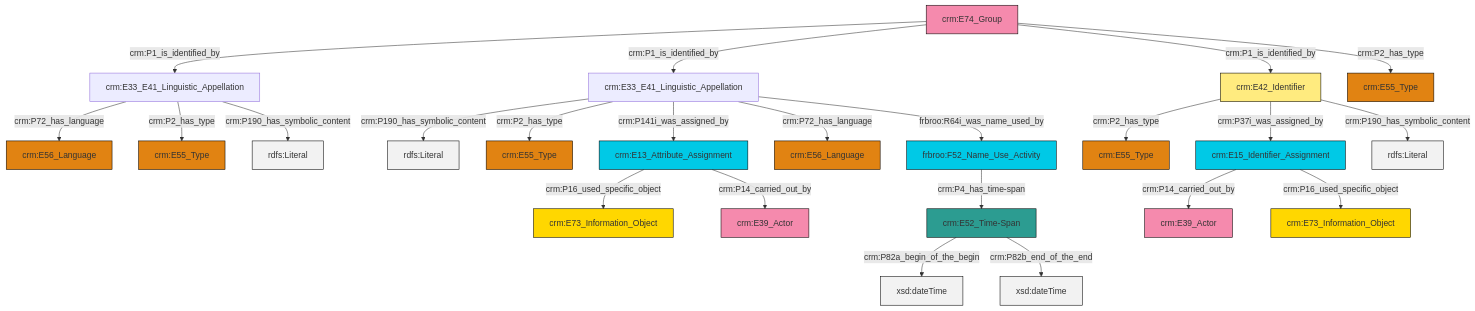
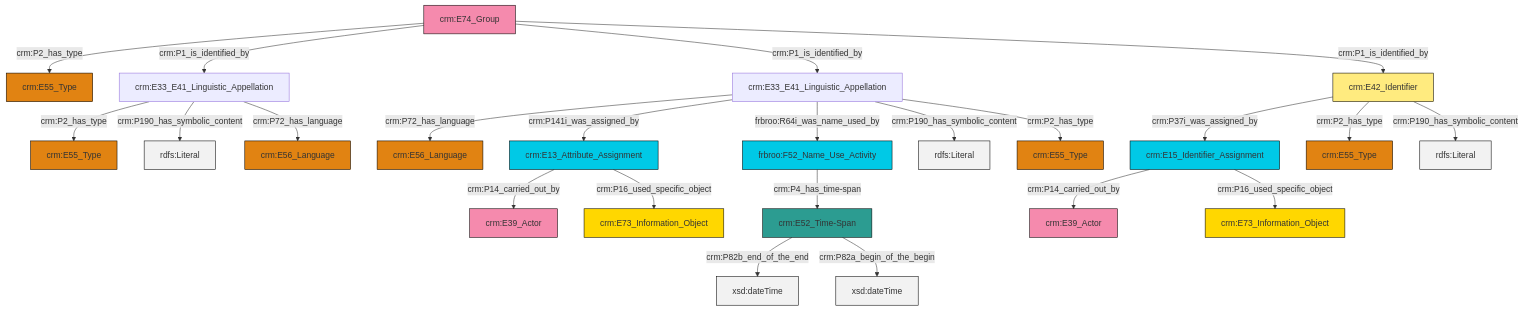
The diagram in et/groupCSV/ttl/mmd/group_name.ttl.mmd (swiss-art-research-net/docs.swissartresearch), drawn with Mermaid before and after one commit. The commit also changed 175 other files, not shown here.

```diff
--- a/et/groupCSV/ttl/mmd/group_name.ttl.mmd
+++ b/et/groupCSV/ttl/mmd/group_name.ttl.mmd
@@ -1,37 +1,37 @@
 graph TD
 classDef Literal fill:#f2f2f2,stroke:#000000;
 classDef CRM_Entity fill:#FFFFFF,stroke:#000000;
 classDef Temporal_Entity fill:#00C9E6, stroke:#000000;
 classDef Type fill:#E18312, stroke:#000000;
 classDef Time-Span fill:#2C9C91, stroke:#000000;
 classDef Appellation fill:#FFEB7F, stroke:#000000;
 classDef Place fill:#008836, stroke:#000000;
 classDef Persistent_Item fill:#B266B2, stroke:#000000;
 classDef Conceptual_Object fill:#FFD700, stroke:#000000;
 classDef Physical_Thing fill:#D2B48C, stroke:#000000;
 classDef Actor fill:#f58aad, stroke:#000000;
 classDef PC_Classes fill:#4ce600, stroke:#000000;
 classDef Multi fill:#cccccc,stroke:#000000;
 
-2["frbroo:F52_Name_Use_Activity"]:::Temporal_Entity -->|crm:P4_has_time-span| 3["crm:E52_Time-Span"]:::Time-Span
-6["crm:E74_Group"]:::Actor -->|crm:P1_is_identified_by| 7["crm:E33_E41_Linguistic_Appellation"]:::Default
-7["crm:E33_E41_Linguistic_Appellation"]:::Default -->|crm:P72_has_language| 10["crm:E56_Language"]:::Type
-7["crm:E33_E41_Linguistic_Appellation"]:::Default -->|crm:P2_has_type| 13["crm:E55_Type"]:::Type
-15["crm:E33_E41_Linguistic_Appellation"]:::Default -->|crm:P190_has_symbolic_content| 16[rdfs:Literal]:::Literal
-15["crm:E33_E41_Linguistic_Appellation"]:::Default -->|crm:P2_has_type| 0["crm:E55_Type"]:::Type
-18["crm:E42_Identifier"]:::Appellation -->|crm:P2_has_type| 8["crm:E55_Type"]:::Type
-3["crm:E52_Time-Span"]:::Time-Span -->|crm:P82a_begin_of_the_begin| 22[xsd:dateTime]:::Literal
-18["crm:E42_Identifier"]:::Appellation -->|crm:P37i_was_assigned_by| 23["crm:E15_Identifier_Assignment"]:::Temporal_Entity
-6["crm:E74_Group"]:::Actor -->|crm:P1_is_identified_by| 15["crm:E33_E41_Linguistic_Appellation"]:::Default
-18["crm:E42_Identifier"]:::Appellation -->|crm:P190_has_symbolic_content| 24[rdfs:Literal]:::Literal
-23["crm:E15_Identifier_Assignment"]:::Temporal_Entity -->|crm:P14_carried_out_by| 26["crm:E39_Actor"]:::Actor
-23["crm:E15_Identifier_Assignment"]:::Temporal_Entity -->|crm:P16_used_specific_object| 31["crm:E73_Information_Object"]:::Conceptual_Object
-33["crm:E13_Attribute_Assignment"]:::Temporal_Entity -->|crm:P16_used_specific_object| 19["crm:E73_Information_Object"]:::Conceptual_Object
-15["crm:E33_E41_Linguistic_Appellation"]:::Default -->|crm:P141i_was_assigned_by| 33["crm:E13_Attribute_Assignment"]:::Temporal_Entity
-7["crm:E33_E41_Linguistic_Appellation"]:::Default -->|crm:P190_has_symbolic_content| 38[rdfs:Literal]:::Literal
-15["crm:E33_E41_Linguistic_Appellation"]:::Default -->|crm:P72_has_language| 27["crm:E56_Language"]:::Type
-3["crm:E52_Time-Span"]:::Time-Span -->|crm:P82b_end_of_the_end| 40[xsd:dateTime]:::Literal
-6["crm:E74_Group"]:::Actor -->|crm:P1_is_identified_by| 18["crm:E42_Identifier"]:::Appellation
-15["crm:E33_E41_Linguistic_Appellation"]:::Default -->|frbroo:R64i_was_name_used_by| 2["frbroo:F52_Name_Use_Activity"]:::Temporal_Entity
-6["crm:E74_Group"]:::Actor -->|crm:P2_has_type| 4["crm:E55_Type"]:::Type
-33["crm:E13_Attribute_Assignment"]:::Temporal_Entity -->|crm:P14_carried_out_by| 11["crm:E39_Actor"]:::Actor
+0["crm:E15_Identifier_Assignment"]:::Temporal_Entity -->|crm:P14_carried_out_by| 1["crm:E39_Actor"]:::Actor
+2["crm:E52_Time-Span"]:::Time-Span -->|crm:P82b_end_of_the_end| 3[xsd:dateTime]:::Literal
+4["crm:E42_Identifier"]:::Appellation -->|crm:P37i_was_assigned_by| 0["crm:E15_Identifier_Assignment"]:::Temporal_Entity
+5["crm:E33_E41_Linguistic_Appellation"]:::Default -->|crm:P72_has_language| 6["crm:E56_Language"]:::Type
+13["crm:E13_Attribute_Assignment"]:::Temporal_Entity -->|crm:P14_carried_out_by| 14["crm:E39_Actor"]:::Actor
+2["crm:E52_Time-Span"]:::Time-Span -->|crm:P82a_begin_of_the_begin| 19[xsd:dateTime]:::Literal
+21["crm:E33_E41_Linguistic_Appellation"]:::Default -->|crm:P2_has_type| 15["crm:E55_Type"]:::Type
+9["crm:E74_Group"]:::Actor -->|crm:P2_has_type| 24["crm:E55_Type"]:::Type
+21["crm:E33_E41_Linguistic_Appellation"]:::Default -->|crm:P190_has_symbolic_content| 25[rdfs:Literal]:::Literal
+13["crm:E13_Attribute_Assignment"]:::Temporal_Entity -->|crm:P16_used_specific_object| 22["crm:E73_Information_Object"]:::Conceptual_Object
+17["frbroo:F52_Name_Use_Activity"]:::Temporal_Entity -->|crm:P4_has_time-span| 2["crm:E52_Time-Span"]:::Time-Span
+5["crm:E33_E41_Linguistic_Appellation"]:::Default -->|crm:P141i_was_assigned_by| 13["crm:E13_Attribute_Assignment"]:::Temporal_Entity
+4["crm:E42_Identifier"]:::Appellation -->|crm:P2_has_type| 11["crm:E55_Type"]:::Type
+4["crm:E42_Identifier"]:::Appellation -->|crm:P190_has_symbolic_content| 31[rdfs:Literal]:::Literal
+9["crm:E74_Group"]:::Actor -->|crm:P1_is_identified_by| 21["crm:E33_E41_Linguistic_Appellation"]:::Default
+21["crm:E33_E41_Linguistic_Appellation"]:::Default -->|crm:P72_has_language| 7["crm:E56_Language"]:::Type
+5["crm:E33_E41_Linguistic_Appellation"]:::Default -->|frbroo:R64i_was_name_used_by| 17["frbroo:F52_Name_Use_Activity"]:::Temporal_Entity
+5["crm:E33_E41_Linguistic_Appellation"]:::Default -->|crm:P190_has_symbolic_content| 33[rdfs:Literal]:::Literal
+9["crm:E74_Group"]:::Actor -->|crm:P1_is_identified_by| 5["crm:E33_E41_Linguistic_Appellation"]:::Default
+9["crm:E74_Group"]:::Actor -->|crm:P1_is_identified_by| 4["crm:E42_Identifier"]:::Appellation
+0["crm:E15_Identifier_Assignment"]:::Temporal_Entity -->|crm:P16_used_specific_object| 27["crm:E73_Information_Object"]:::Conceptual_Object
+5["crm:E33_E41_Linguistic_Appellation"]:::Default -->|crm:P2_has_type| 34["crm:E55_Type"]:::Type
```
